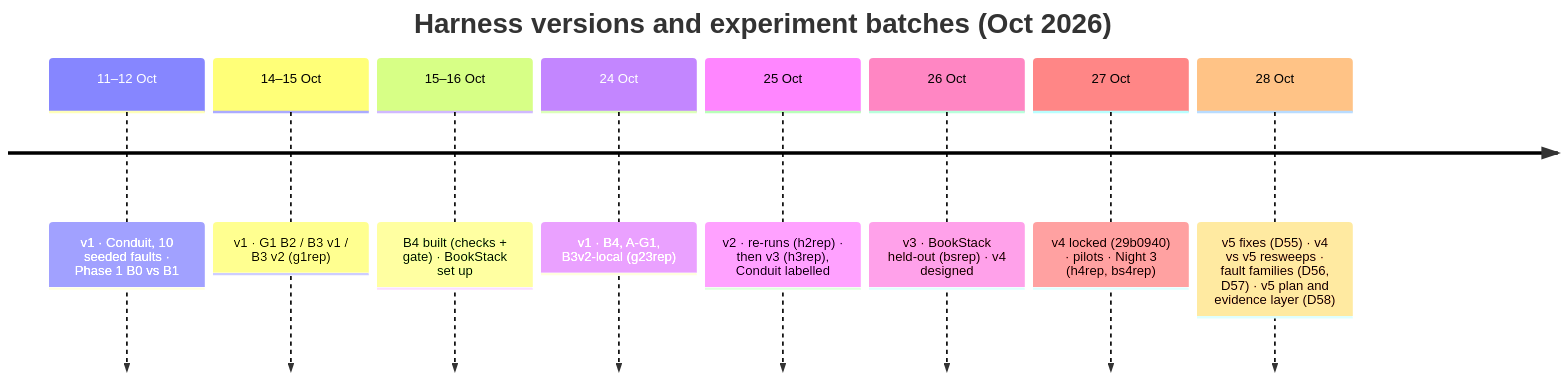
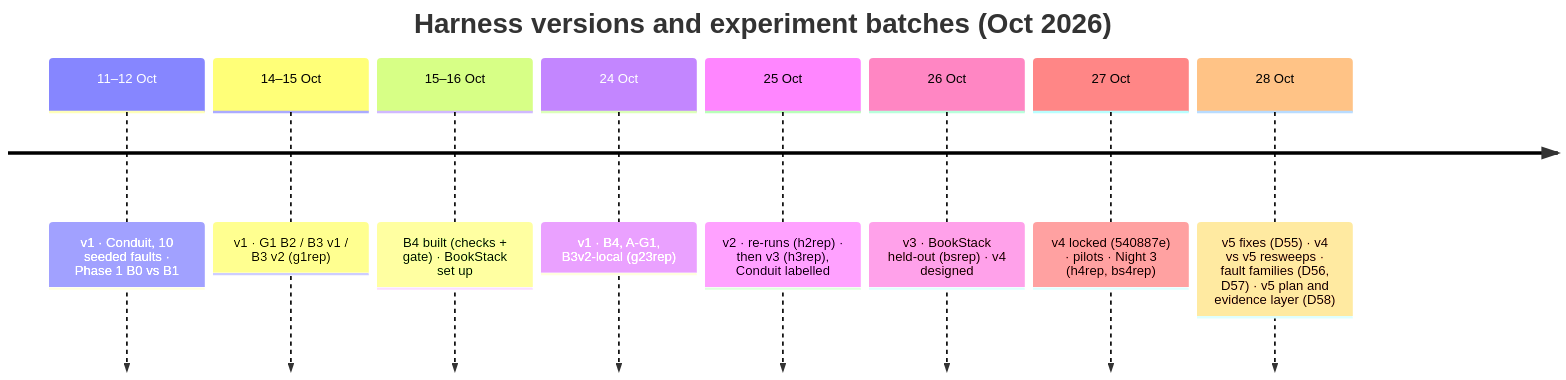
The sixth of 6 diagrams in docs/project_guide.md (qasim-hafeez00/webtester), drawn with Mermaid before and after one commit. The commit also changed other lines of this file and 13 other files, not shown here.

````diff
--- a/docs/project_guide.md
+++ b/docs/project_guide.md
@@ -442,12 +442,12 @@
 ```mermaid
 timeline
   title Harness versions and experiment batches (Oct 2026)
   11–12 Oct : v1 · Conduit, 10 seeded faults · Phase 1 B0 vs B1
   14–15 Oct : v1 · G1 B2 / B3 v1 / B3 v2 (g1rep)
   15–16 Oct : B4 built (checks + gate) · BookStack set up
   24 Oct : v1 · B4, A-G1, B3v2-local (g23rep)
   25 Oct : v2 · re-runs (h2rep) · then v3 (h3rep), Conduit labelled
   26 Oct : v3 · BookStack held-out (bsrep) · v4 designed
-  27 Oct : v4 locked (29b0940) · pilots · Night 3 (h4rep, bs4rep)
+  27 Oct : v4 locked (540887e) · pilots · Night 3 (h4rep, bs4rep)
   28 Oct : v5 fixes (D55) · v4 vs v5 resweeps · fault families (D56, D57) · v5 plan and evidence layer (D58)
 ```
````
